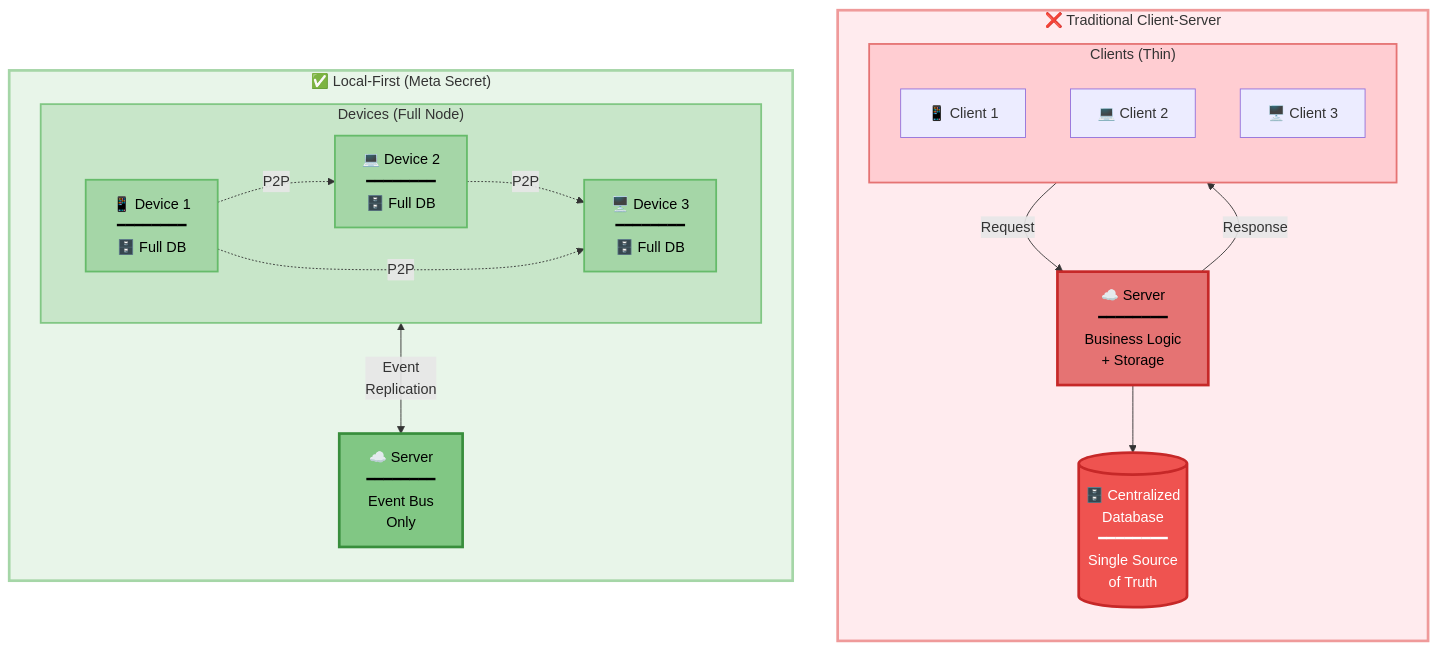
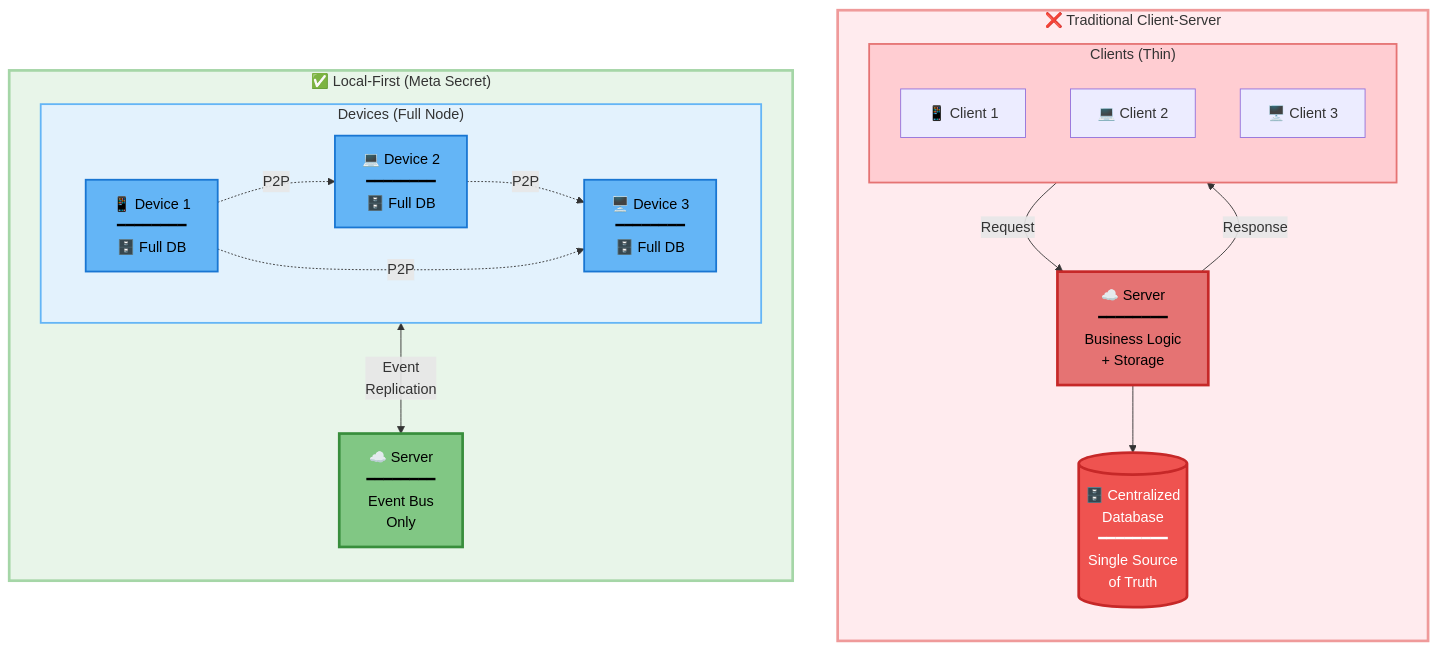
One commit to meta-secret/meta-secret-core changed the tenth of 12 diagrams in docs/meta-secret-technical-presentation.md. Above: the diagram before and after it, drawn with Mermaid. The commit also changed other lines of this file, not shown here.

````diff
--- a/docs/meta-secret-technical-presentation.md
+++ b/docs/meta-secret-technical-presentation.md
@@ -532,48 +532,48 @@
 ```mermaid
 flowchart TB
     subgraph TRAD["❌ Traditional Client-Server"]
         direction TB
         
         subgraph CLIENTS1["Clients (Thin)"]
             direction TB
             C1[📱 Client 1]
             C2[💻 Client 2]
             C3[🖥️ Client 3]
         end
         
         CLIENTS1 -->|Request| SRV[☁️ Server<br/>━━━━━━━━<br/>Business Logic<br/>+ Storage]
         SRV -->|Response| CLIENTS1
         
         SRV --> DB[(🗄️ Centralized<br/>Database<br/>━━━━━━━━<br/>Single Source<br/>of Truth)]
         
         style SRV fill:#e57373,color:#000,stroke:#c62828,stroke-width:3px
         style DB fill:#ef5350,color:#fff,stroke:#c62828,stroke-width:3px
         style CLIENTS1 fill:#ffcdd2,stroke:#e57373,stroke-width:2px
     end
     
     subgraph LOCAL["✅ Local-First (Meta Secret)"]
         direction TB
         
         subgraph DEVICES["Devices (Full Node)"]
             direction LR
             D1["📱 Device 1<br/>━━━━━━━━<br/>🗄️ Full DB"]
             D2["💻 Device 2<br/>━━━━━━━━<br/>🗄️ Full DB"]
             D3["🖥️ Device 3<br/>━━━━━━━━<br/>🗄️ Full DB"]
 
             D1 -.->|P2P| D2
             D2 -.->|P2P| D3
             D1 -.->|P2P| D3
         end
         
         DEVICES <-->|Event<br/>Replication| BUS[☁️ Server<br/>━━━━━━━━<br/>Event Bus<br/>Only]
         
         style BUS fill:#81c784,color:#000,stroke:#388e3c,stroke-width:3px
-        style D1 fill:#a5d6a7,color:#000,stroke:#66bb6a,stroke-width:2px
-        style D2 fill:#a5d6a7,color:#000,stroke:#66bb6a,stroke-width:2px
-        style D3 fill:#a5d6a7,color:#000,stroke:#66bb6a,stroke-width:2px
-        style DEVICES fill:#c8e6c9,stroke:#81c784,stroke-width:2px
+        style D1 fill:#64b5f6,color:#000,stroke:#1976d2,stroke-width:2px
+        style D2 fill:#64b5f6,color:#000,stroke:#1976d2,stroke-width:2px
+        style D3 fill:#64b5f6,color:#000,stroke:#1976d2,stroke-width:2px
+        style DEVICES fill:#e3f2fd,stroke:#64b5f6,stroke-width:2px
     end
     
     style TRAD fill:#ffebee,stroke:#ef9a9a,stroke-width:3px
     style LOCAL fill:#e8f5e9,stroke:#a5d6a7,stroke-width:3px
 ```
````
